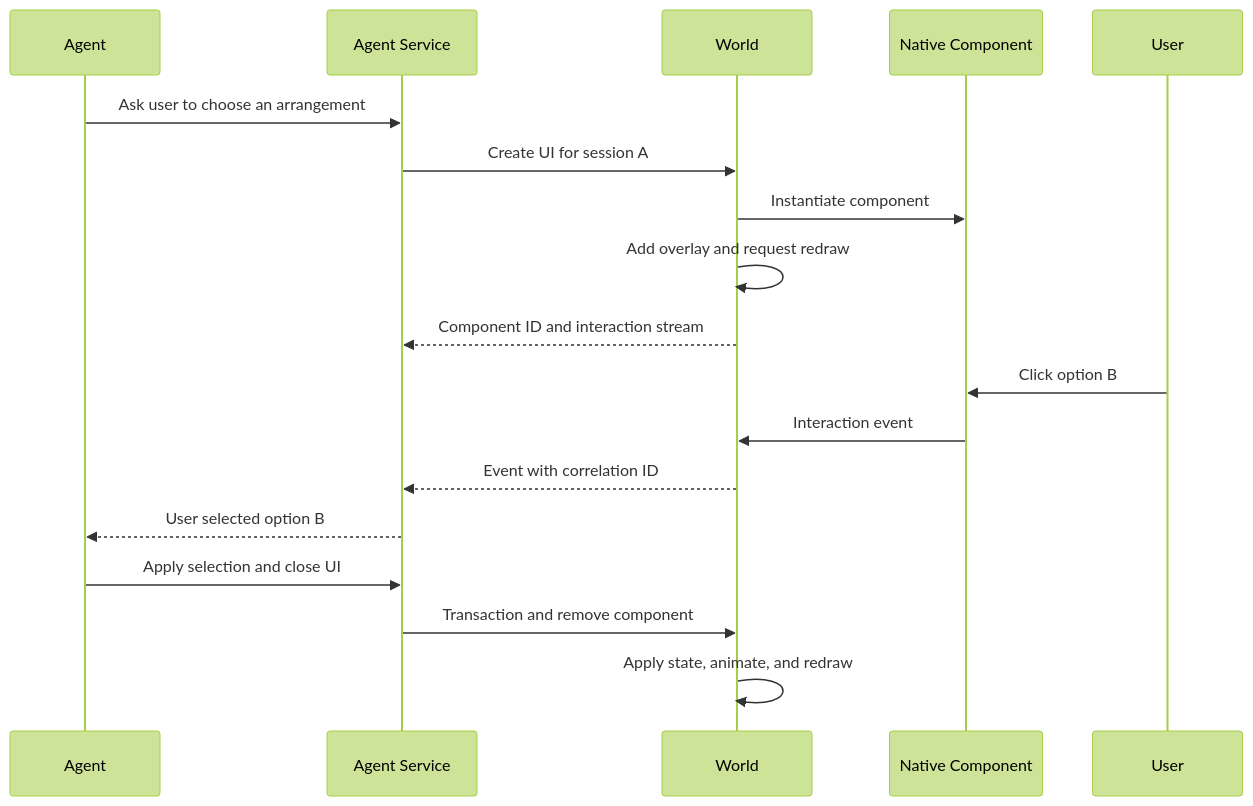
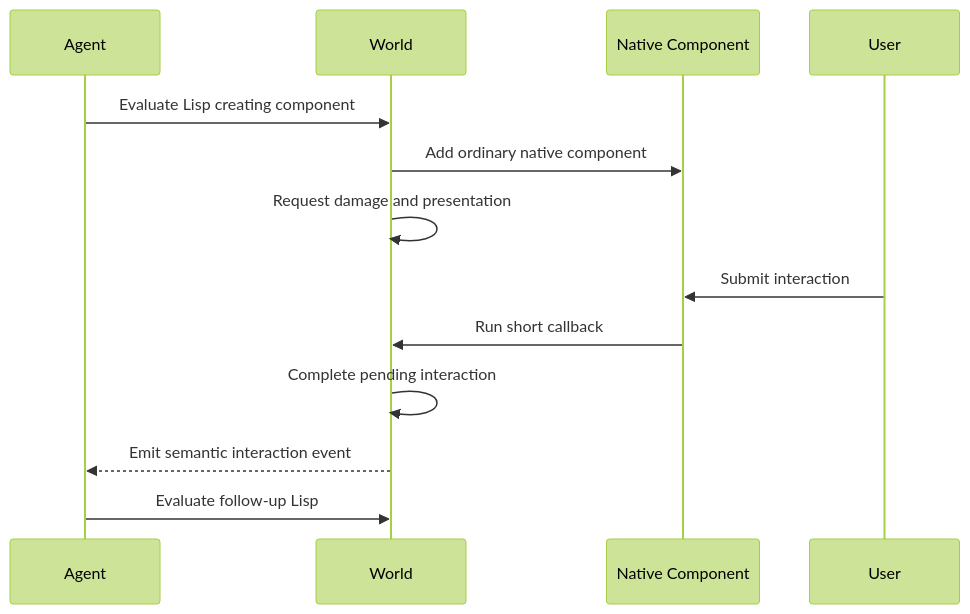
The sixth of 9 diagrams in docs/AGENT_INTEGRATION.md (SeungheonOh/ataxia), drawn with Mermaid (forest theme) before and after one commit. The commit also changed other lines of this file, not shown here.

Commit message:
docs: redesign agent control recovery

````diff
--- a/docs/AGENT_INTEGRATION.md
+++ b/docs/AGENT_INTEGRATION.md
@@ -256,23 +409,16 @@
 ```mermaid
 sequenceDiagram
     participant Agent
-    participant Service as Agent Service
     participant World
     participant UI as Native Component
     participant User
 
-    Agent->>Service: Ask user to choose an arrangement
-    Service->>World: Create UI for session A
-    World->>UI: Instantiate component
-    World->>World: Add overlay and request redraw
-    World-->>Service: Component ID and interaction stream
-
-    User->>UI: Click option B
-    UI->>World: Interaction event
-    World-->>Service: Event with correlation ID
-    Service-->>Agent: User selected option B
-
-    Agent->>Service: Apply selection and close UI
-    Service->>World: Transaction and remove component
-    World->>World: Apply state, animate, and redraw
+    Agent->>World: Evaluate Lisp creating component
+    World->>UI: Add ordinary native component
+    World->>World: Request damage and presentation
+    User->>UI: Submit interaction
+    UI->>World: Run short callback
+    World->>World: Complete pending interaction
+    World-->>Agent: Emit semantic interaction event
+    Agent->>World: Evaluate follow-up Lisp
 ```
````
